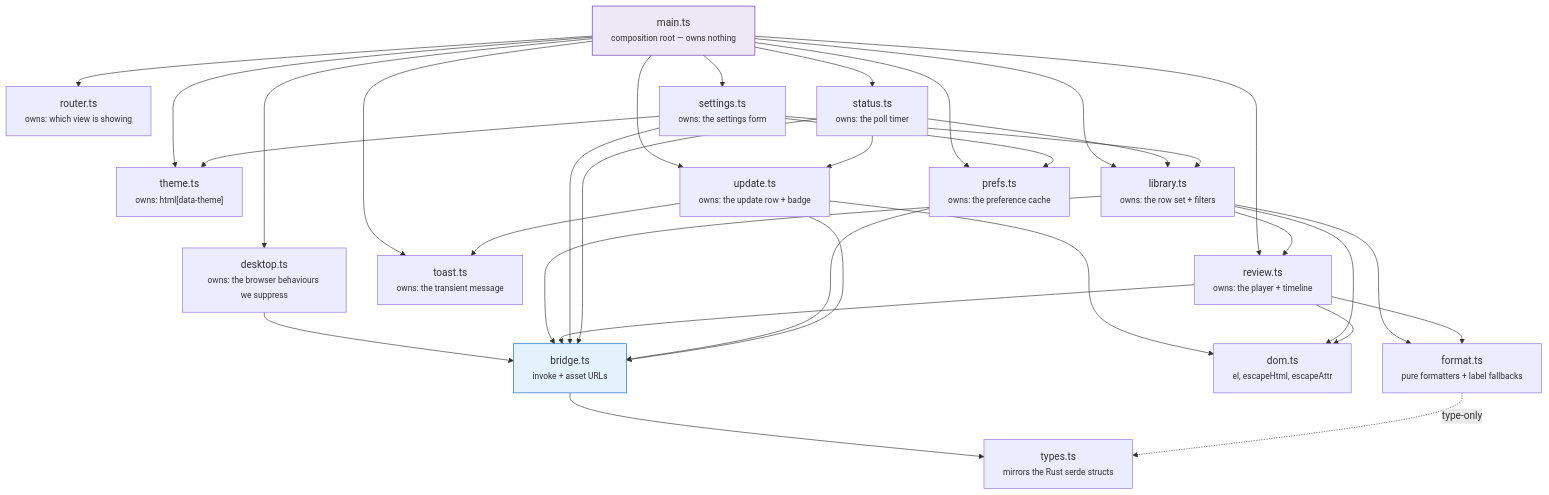
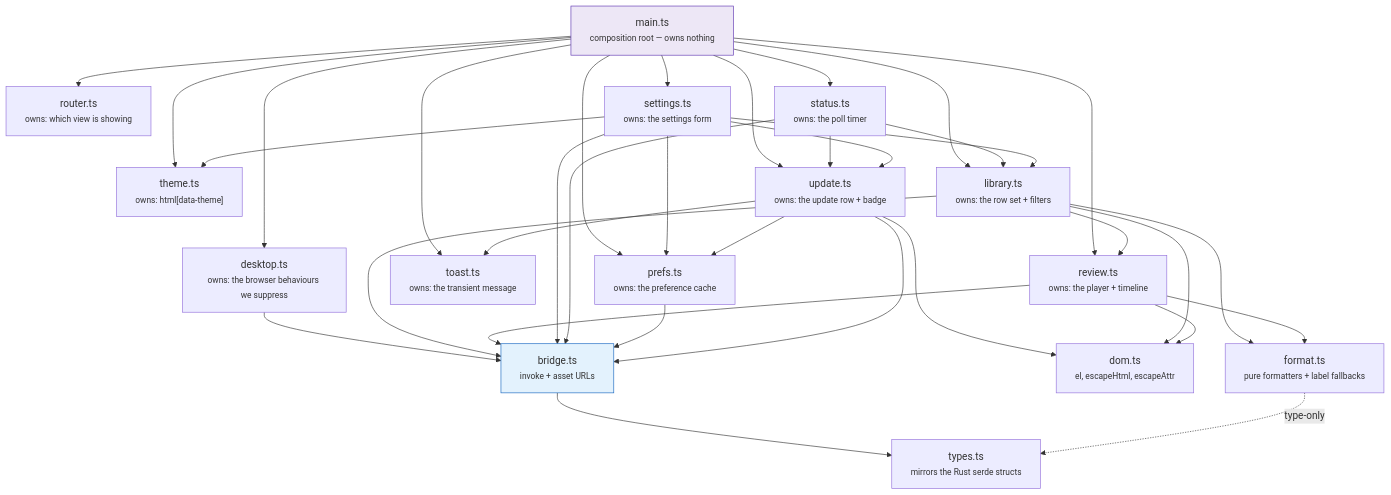
The first of 4 diagrams in docs/frontend.md (NinjaGoldfinch/ninja-recorder), drawn with Mermaid before and after one commit. The commit also changed other lines of this file and 7 other files, not shown here.

````diff
--- a/docs/frontend.md
+++ b/docs/frontend.md
@@ -13,52 +13,54 @@
 ```mermaid
 flowchart TB
     MAIN["main.ts<br/><small>composition root — owns nothing</small>"]
     ROUTER["router.ts<br/><small>owns: which view is showing</small>"]
     THEME["theme.ts<br/><small>owns: html[data-theme]</small>"]
     PREFS["prefs.ts<br/><small>owns: the preference cache</small>"]
     STATUS["status.ts<br/><small>owns: the poll timer</small>"]
     LIB["library.ts<br/><small>owns: the row set + filters</small>"]
     REVIEW["review.ts<br/><small>owns: the player + timeline</small>"]
     SETTINGS["settings.ts<br/><small>owns: the settings form</small>"]
     TOAST["toast.ts<br/><small>owns: the transient message</small>"]
     UPDATE["update.ts<br/><small>owns: the update row + badge</small>"]
     DESK["desktop.ts<br/><small>owns: the browser behaviours we suppress</small>"]
     BRIDGE["bridge.ts<br/><small>invoke + asset URLs</small>"]
     DOM["dom.ts<br/><small>el, escapeHtml, escapeAttr</small>"]
     FMT["format.ts<br/><small>pure formatters + label fallbacks</small>"]
     TYPES["types.ts<br/><small>mirrors the Rust serde structs</small>"]
 
     MAIN --> ROUTER
     MAIN --> THEME
     MAIN --> PREFS
     MAIN --> STATUS
     MAIN --> LIB
     MAIN --> REVIEW
     MAIN --> SETTINGS
     MAIN --> TOAST
     MAIN --> UPDATE
     MAIN --> DESK
     DESK --> BRIDGE
     STATUS --> LIB
     STATUS --> UPDATE
     SETTINGS --> LIB
     SETTINGS --> THEME
     SETTINGS --> PREFS
     LIB --> REVIEW
     LIB --> BRIDGE
     REVIEW --> BRIDGE
     SETTINGS --> BRIDGE
     STATUS --> BRIDGE
     PREFS --> BRIDGE
     UPDATE --> BRIDGE
     UPDATE --> TOAST
     UPDATE --> DOM
+    UPDATE --> PREFS
+    SETTINGS --> UPDATE
     LIB --> FMT
     REVIEW --> FMT
     LIB --> DOM
     REVIEW --> DOM
     BRIDGE --> TYPES
     FMT -.->|"type-only"| TYPES
     style MAIN fill:#ede7f6,stroke:#5e35b1
     style BRIDGE fill:#e3f2fd,stroke:#1565c0
 ```
````
